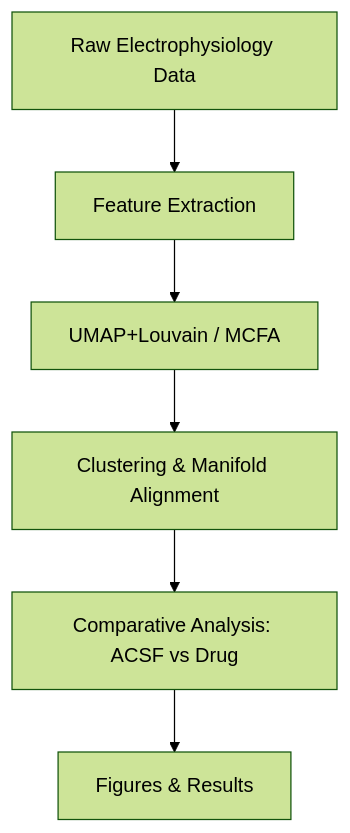
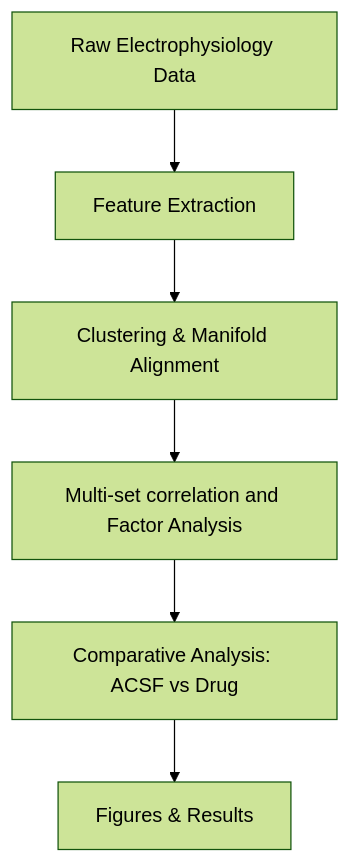
Before and after one commit to Nishant-codex/single_cell_analysis: the diagram in README.md, drawn with Mermaid (forest theme).

````diff
--- a/README.md
+++ b/README.md
@@ -75,8 +75,8 @@
 ```mermaid
 flowchart TD
     A[Raw Electrophysiology Data] --> B[Feature Extraction]
-    B --> C[UMAP+Louvain / MCFA]
-    C --> D[Clustering & Manifold Alignment]
-    D --> E[Comparative Analysis: ACSF vs Drug]
-    E --> F[Figures & Results]
+    B --> D[Clustering & Manifold Alignment]
+	D --> E[Multi-set correlation and Factor Analysis]
+    E --> F[Comparative Analysis: ACSF vs Drug]
+    F --> G[Figures & Results]
 ```
````
